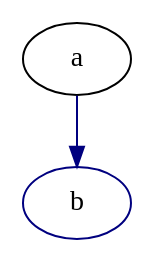
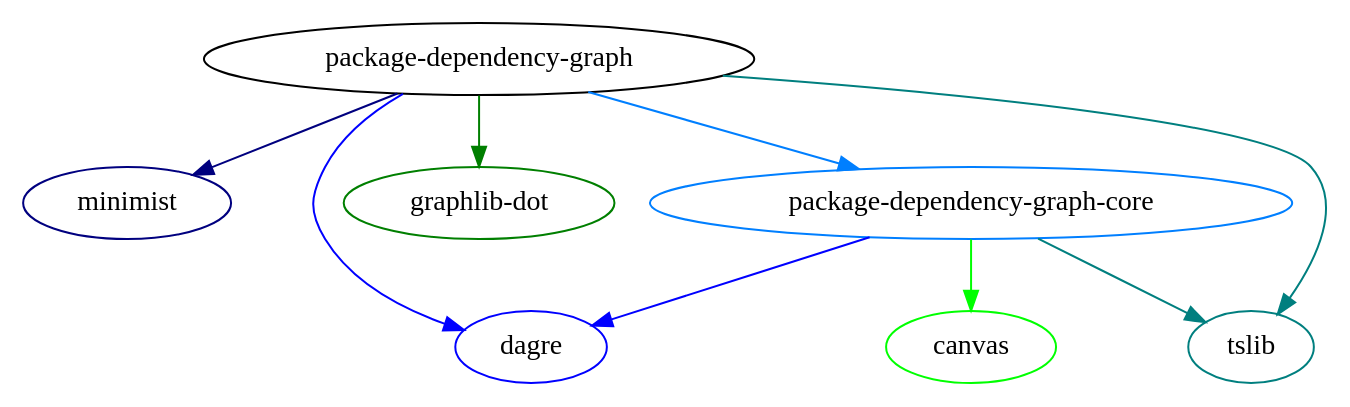
Before and after one commit to plantain-00/package-dependency-graph: the diagram in spec/result.dot, drawn with Graphviz. The commit also changed 26 other files, not shown here.

```diff
--- a/spec/result.dot
+++ b/spec/result.dot
@@ -1,7 +1,19 @@
 // generated by package-dependency-graph
 digraph {
-  a -> b[color = "#00007f"]
+  package_dependency_graph -> minimist[color = "#00007f"]
+  package_dependency_graph -> dagre[color = "#0000ff"]
+  package_dependency_graph -> graphlib_dot[color = "#007f00"]
+  package_dependency_graph -> tslib[color = "#007f7f"]
+  package_dependency_graph -> package_dependency_graph_core[color = "#007fff"]
+  package_dependency_graph_core -> canvas[color = "#00ff00"]
+  package_dependency_graph_core -> dagre[color = "#0000ff"]
+  package_dependency_graph_core -> tslib[color = "#007f7f"]
 
-  a[label = "a", color = "#000000"]
-  b[label = "b", color = "#00007f"]
+  package_dependency_graph[label = "package-dependency-graph", color = "#000000"]
+  minimist[label = "minimist", color = "#00007f"]
+  dagre[label = "dagre", color = "#0000ff"]
+  graphlib_dot[label = "graphlib-dot", color = "#007f00"]
+  tslib[label = "tslib", color = "#007f7f"]
+  package_dependency_graph_core[label = "package-dependency-graph-core", color = "#007fff"]
+  canvas[label = "canvas", color = "#00ff00"]
 }
```
